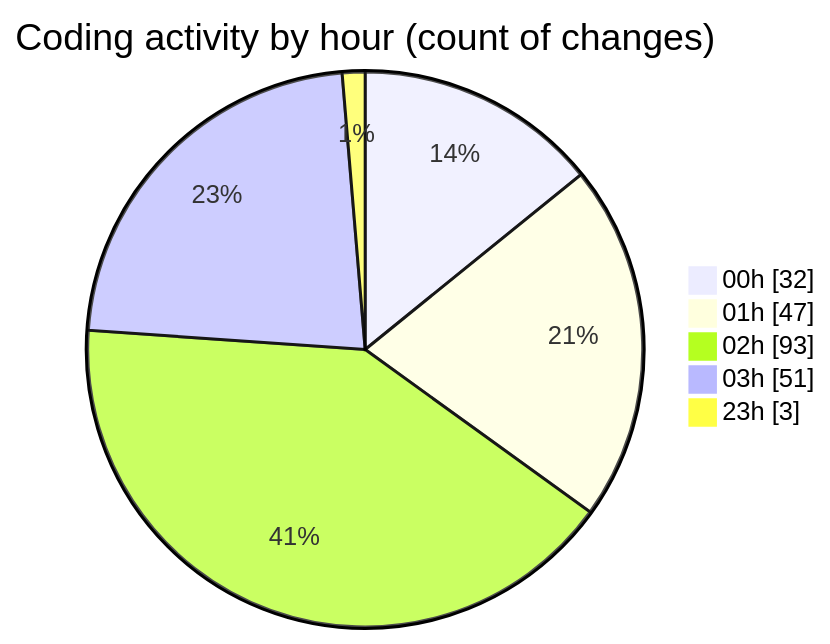
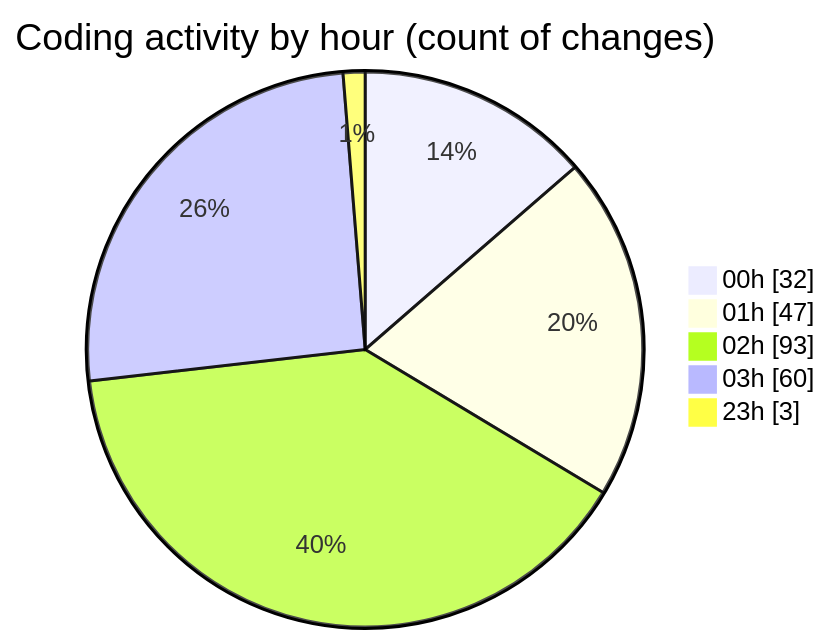
The second of 2 diagrams in 2025-07-28/quanlyrapchieuphim-1/README.md (lephambinh05/code-tracking), drawn with Mermaid before and after one commit. The commit also changed other lines of this file and 1 other file, not shown here.

````diff
--- a/2025-07-28/quanlyrapchieuphim-1/README.md
+++ b/2025-07-28/quanlyrapchieuphim-1/README.md
@@ -53,9 +53,9 @@
 ```mermaid
 pie showData
 title Coding activity by hour (count of changes)
 "00h" : 32
 "01h" : 47
 "02h" : 93
-"03h" : 51
+"03h" : 60
 "23h" : 3
 ```
````
